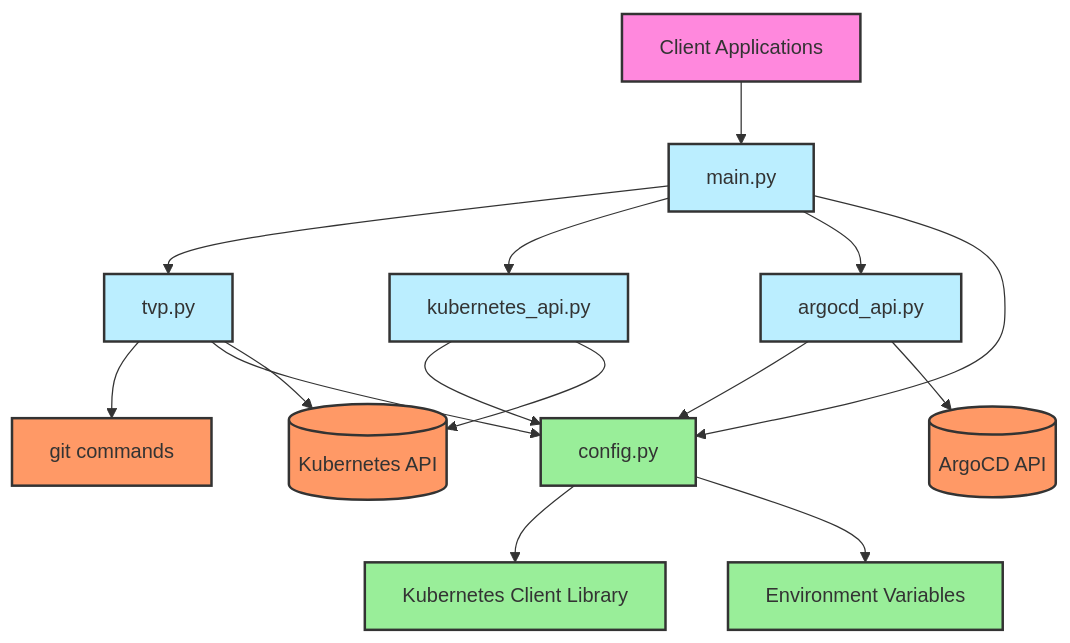
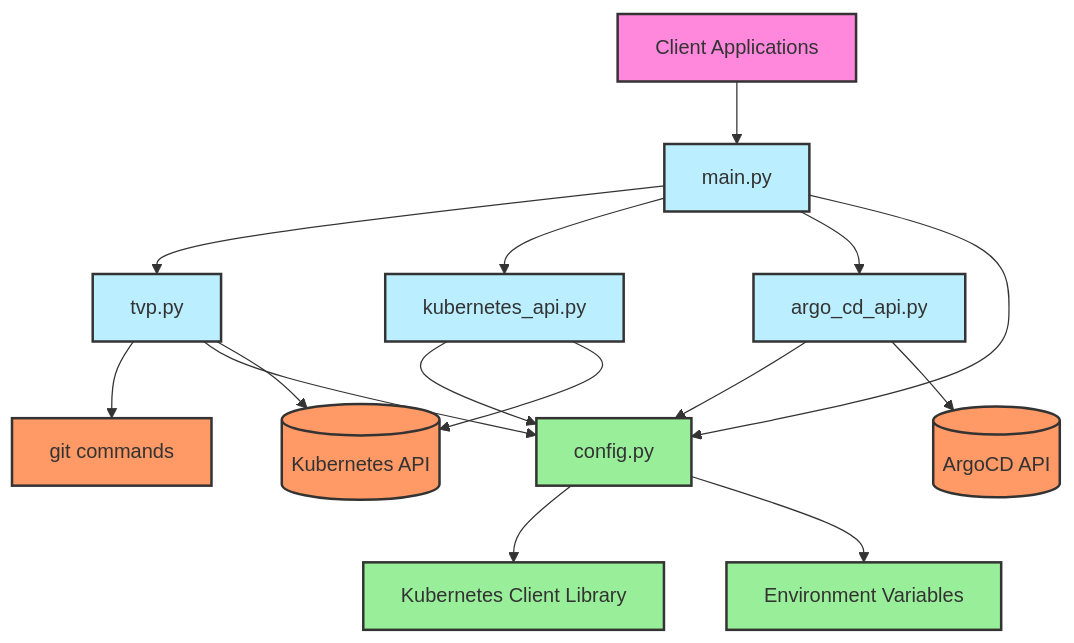
The diagram in fastapi/mermaid/module-dependency-diagram.mermaid (lloydchang/tvp-k8s), drawn with Mermaid before and after one commit. The commit also changed 9 other files, not shown here.

```diff
--- a/fastapi/mermaid/module-dependency-diagram.mermaid
+++ b/fastapi/mermaid/module-dependency-diagram.mermaid
@@ -1,30 +1,30 @@
 flowchart TD
     main[main.py] --> tvp[tvp.py]
     main --> k8s[kubernetes_api.py]
-    main --> argo[argocd_api.py]
+    main --> argo[argo_cd_api.py]
     main --> config[config.py]
     
     tvp --> git[git commands]
     tvp --> config
     tvp --> k8s_api[(Kubernetes API)]
     
     k8s --> config
     k8s --> k8s_api
     
     argo --> config
-    argo --> argocd_api[(ArgoCD API)]
+    argo --> argo_cd_api[(ArgoCD API)]
     
     config --> k8s_client[Kubernetes Client Library]
     config --> env[Environment Variables]
     
     client[Client Applications] --> main
     
     classDef appModule fill:#bef,stroke:#333,stroke-width:2px
     classDef externalSys fill:#f96,stroke:#333,stroke-width:2px
     classDef config fill:#9e9,stroke:#333,stroke-width:2px
     classDef client fill:#f8d,stroke:#333,stroke-width:2px
     
     class main,tvp,k8s,argo appModule
-    class k8s_api,argocd_api,git externalSys
+    class k8s_api,argo_cd_api,git externalSys
     class config,k8s_client,env config
     class client client
```
